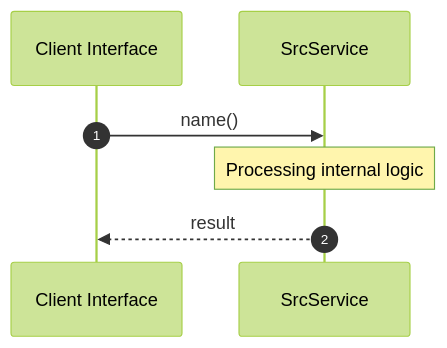
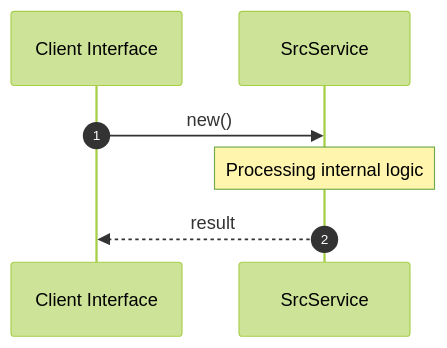
The second of 2 diagrams in openwiki/crates/factory-application/src/index.md (lgcorzo/rust_CACD_autonomous_factory), drawn with Mermaid (forest theme) before and after one commit. The commit also changed other lines of this file and 21 other files, not shown here.

````diff
--- a/openwiki/crates/factory-application/src/index.md
+++ b/openwiki/crates/factory-application/src/index.md
@@ -43,10 +43,10 @@
 ```mermaid
 sequenceDiagram
     autonumber
     participant Caller as Client Interface
     participant Svc as SrcService
-    Caller->>Svc: name()
+    Caller->>Svc: new()
     Note over Svc: Processing internal logic
     Svc-->>Caller: result
 
 ```
````
